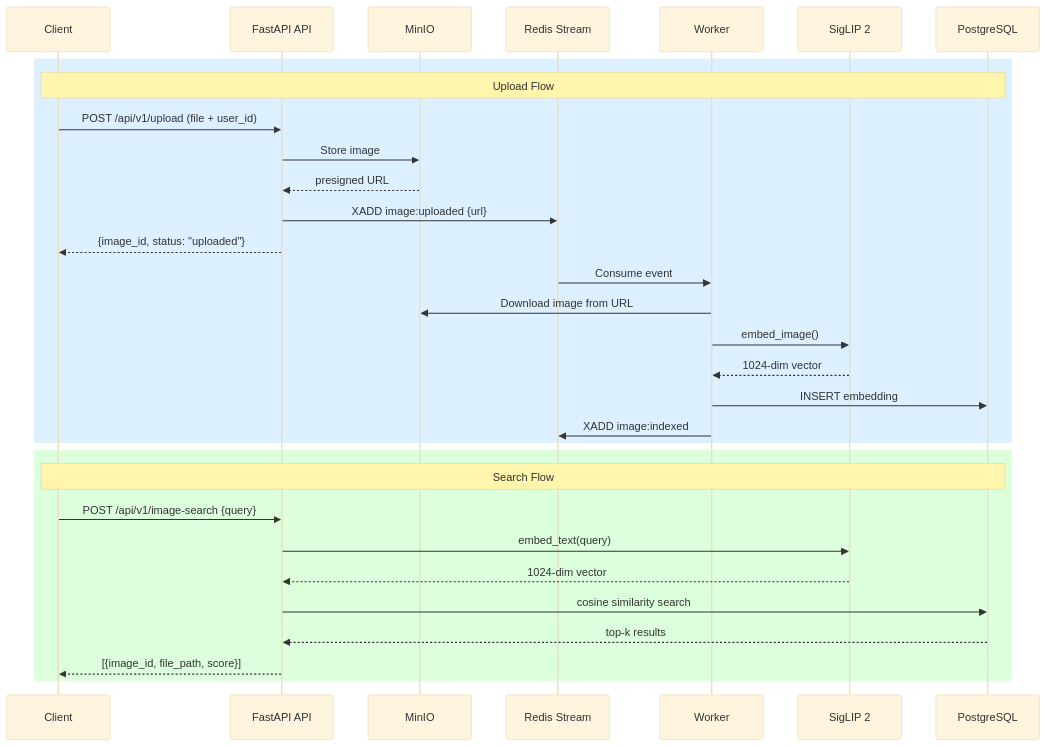
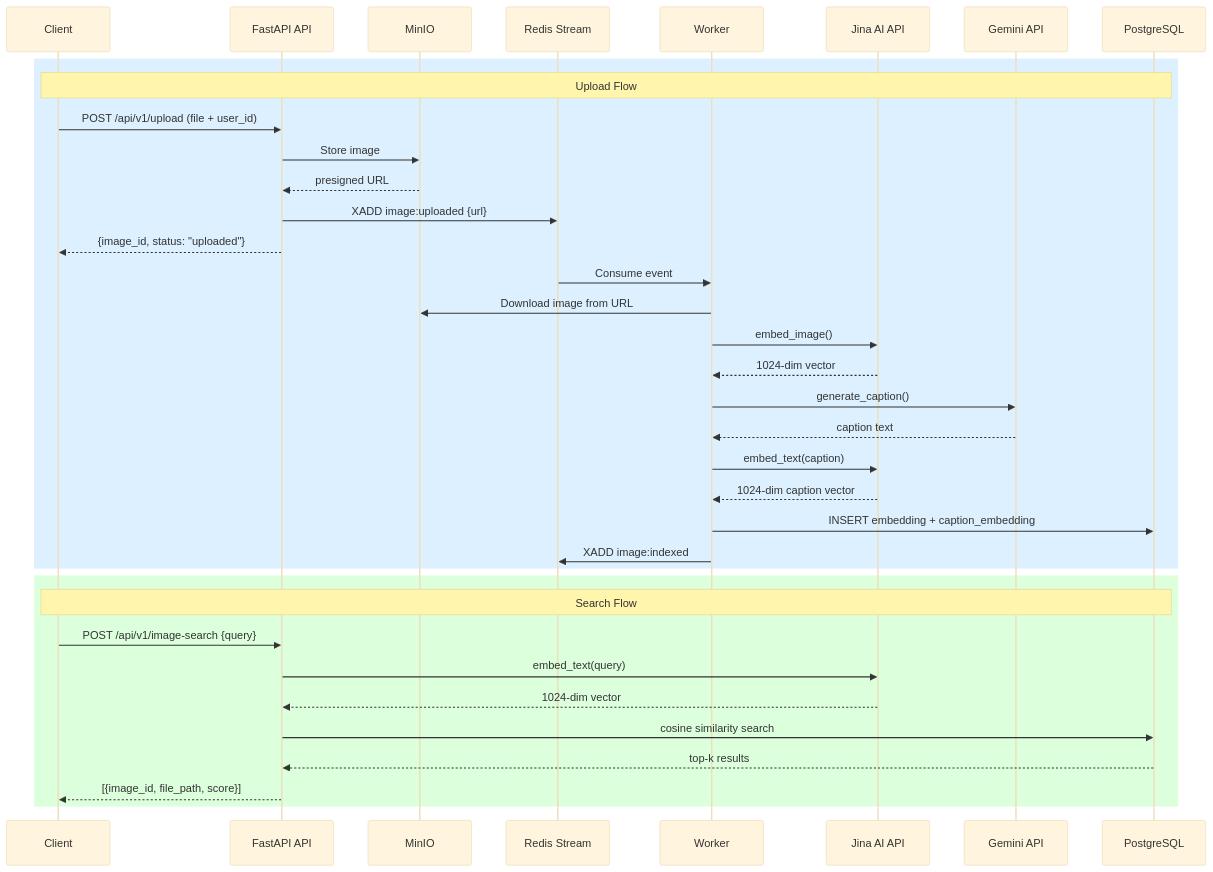
Before and after one commit to minhphu102003/image-search: the second of 2 diagrams in README.md, drawn with Mermaid (base theme). The commit also changed other lines of this file and 31 other files, not shown here.

First line of the commit message:
feat: replace self-hosted SigLIP 2 with Jina AI cloud embeddings (IS-014)

````diff
--- a/README.md
+++ b/README.md
@@ -146,35 +150,40 @@
 ```mermaid
 sequenceDiagram
     participant C as Client
     participant API as FastAPI API
     participant M as MinIO
     participant R as Redis Stream
     participant W as Worker
-    participant S as SigLIP 2
+    participant J as Jina AI API
+    participant G as Gemini API
     participant PG as PostgreSQL
 
     rect rgb(220, 240, 255)
     Note over C,PG: Upload Flow
     C->>API: POST /api/v1/upload (file + user_id)
     API->>M: Store image
     M-->>API: presigned URL
     API->>R: XADD image:uploaded {url}
     API-->>C: {image_id, status: "uploaded"}
     R->>W: Consume event
     W->>M: Download image from URL
-    W->>S: embed_image()
-    S-->>W: 1024-dim vector
-    W->>PG: INSERT embedding
+    W->>J: embed_image()
+    J-->>W: 1024-dim vector
+    W->>G: generate_caption()
+    G-->>W: caption text
+    W->>J: embed_text(caption)
+    J-->>W: 1024-dim caption vector
+    W->>PG: INSERT embedding + caption_embedding
     W->>R: XADD image:indexed
     end
 
     rect rgb(220, 255, 220)
     Note over C,PG: Search Flow
     C->>API: POST /api/v1/image-search {query}
-    API->>S: embed_text(query)
-    S-->>API: 1024-dim vector
+    API->>J: embed_text(query)
+    J-->>API: 1024-dim vector
     API->>PG: cosine similarity search
     PG-->>API: top-k results
     API-->>C: [{image_id, file_path, score}]
     end
 ```
````
